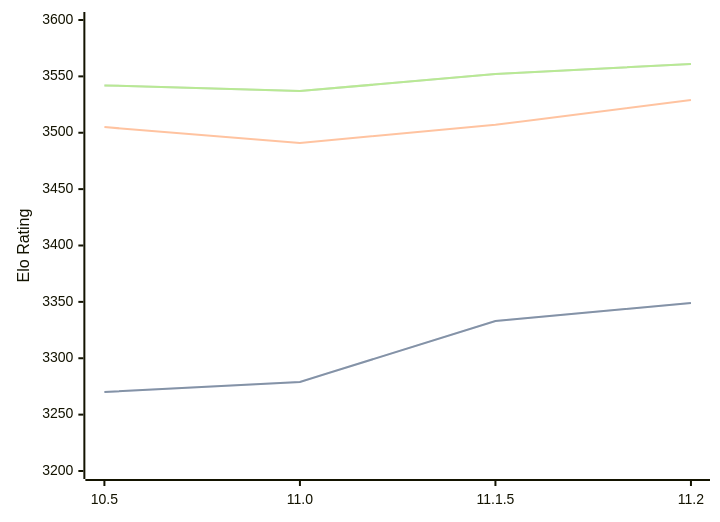
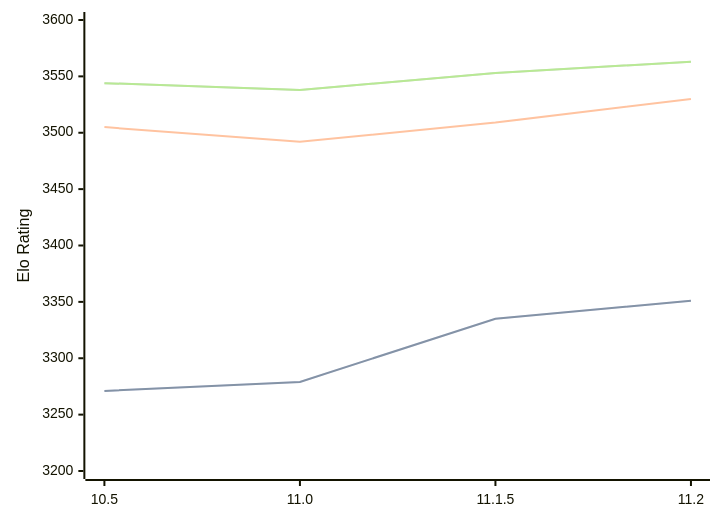
Before and after one commit to computer-chess-index/cci: the diagram in engines/Lizard.md, drawn with Mermaid. The commit also changed other lines of this file, not shown here.

Commit message:
Update CCI Ratings (ELO VLTC) - 2026-05-12

````diff
--- a/engines/Lizard.md
+++ b/engines/Lizard.md
@@ -46,11 +46,11 @@
 ```mermaid
 %%{init: {"theme":"base","themeVariables":{"seriesColors:['#a3a3a3','#222221','#faa371']}}}%%
 xychart-beta
   x-axis ["10.5", "11.0", "11.1.5", "11.2"]
   y-axis "Elo Rating" 3200 --> 3600
-  line "STC (8.0+0.08s)" [3270, 3279, 3333, 3349]
-  line "STC (8.0+0.08s)" [3270, 3279, 3333, 3349]
-  line "LTC (60.0+0.60s)" [3505, 3491, 3507, 3529]
-  line "VLTC (2m24s+1.12s)" [3542, 3537, 3552, 3561]
-  line "VLTC (2m24s+1.12s)" [3542, 3537, 3552, 3561]
+  line "STC (8.0+0.08s)" [3271, 3279, 3335, 3351]
+  line "STC (8.0+0.08s)" [3271, 3279, 3335, 3351]
+  line "LTC (60.0+0.60s)" [3505, 3492, 3509, 3530]
+  line "VLTC (2m24s+1.12s)" [3544, 3538, 3553, 3563]
+  line "VLTC (2m24s+1.12s)" [3544, 3538, 3553, 3563]
 ```
````
